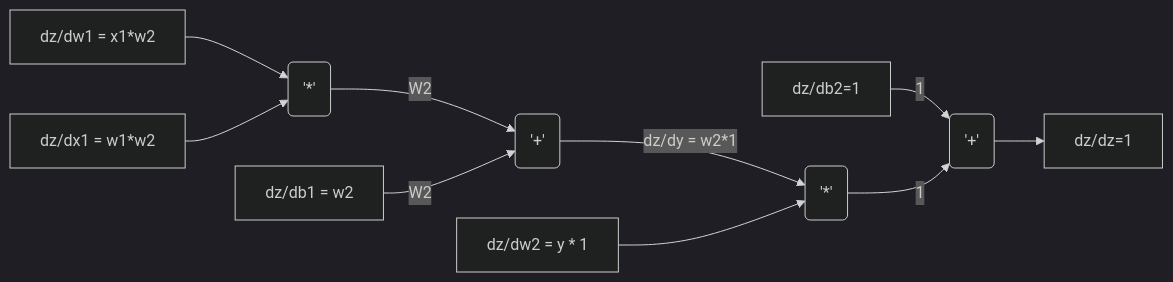
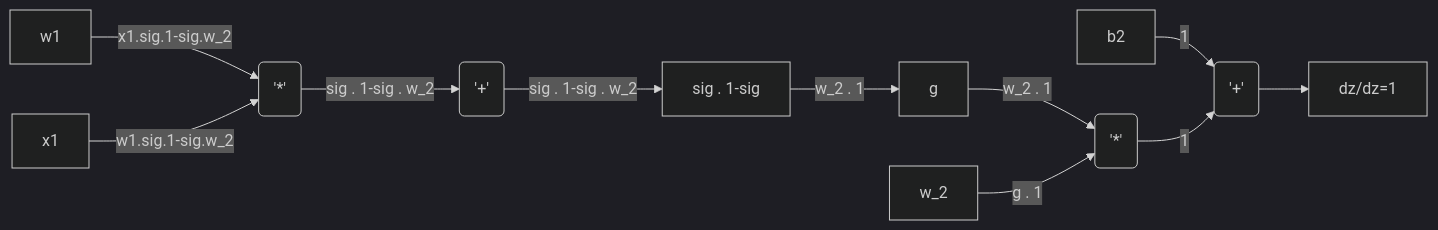
Before and after one commit to elaplas/autograd: the second of 5 diagrams in README.md, drawn with Mermaid (dark theme). The commit also changed other lines of this file, not shown here.

````diff
--- a/README.md
+++ b/README.md
@@ -35,12 +50,13 @@
 ```mermaid
 graph LR
-A[dz/dw1 = x1*w2] -->D('*') 
-B[dz/dx1 = w1*w2] -->D('*')
-D('*') --> |W2| E('+')
-C[dz/db1 = w2] --> |W2| E('+')
-E('+') --> |dz/dy = w2*1| G('*')
-M[dz/dw2 = y * 1] -->G('*')
-N[dz/db2=1]--> |1| L('+')
+A[w1] --> |x1.sig.1-sig.w_2| D('*') 
+B[x1] --> |w1.sig.1-sig.w_2| D('*')
+D('*') --> |sig . 1-sig . w_2| E('+')
+E('+') --> |sig . 1-sig . w_2 | S[sig . 1-sig]
+S[sig . 1-sig ] --> |w_2 . 1| J[g]
+J[g] --> | w_2 . 1| G('*')
+M[w_2] --> |g . 1| G('*')
+N[b2]--> |1| L('+')
 G('*') --> |1| L('+')
 L('+') -->R[dz/dz=1]
 ```
````
